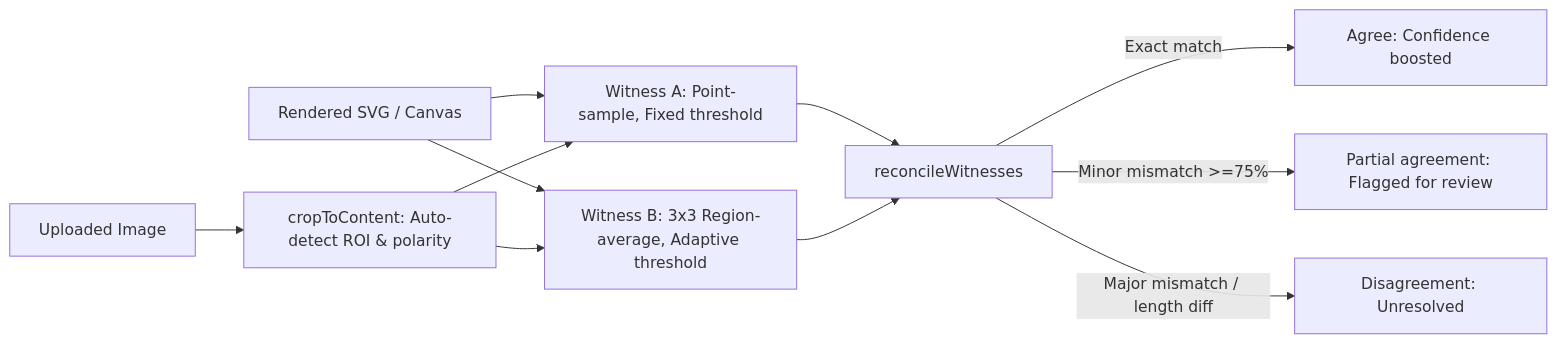
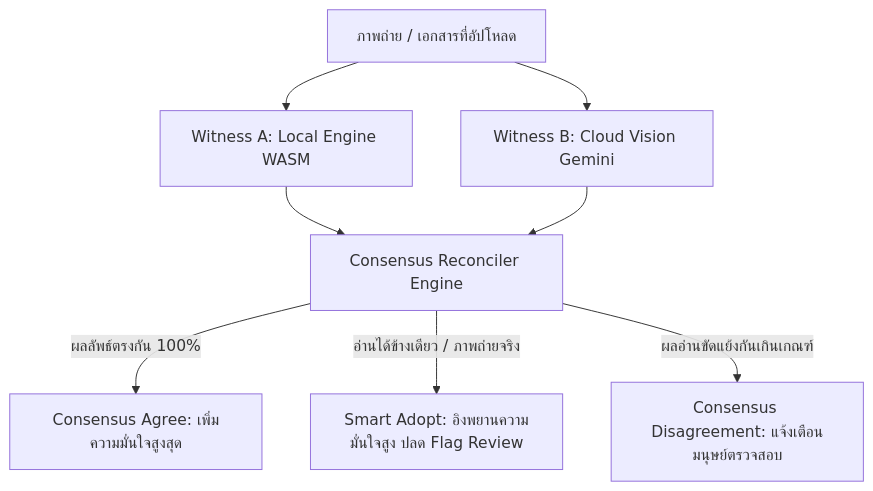
Before and after one commit to Shuumei/ocr-dual-witness-pipeline: the diagram in README.md, drawn with Mermaid. The commit also changed other lines of this file and 16 other files, not shown here.

Commit message:
feat: implement OCR dual-witness pipeline with UI components, markdown normalization, and consensus processing logic

````diff
--- a/README.md
+++ b/README.md
@@ -25,13 +51,12 @@
 ```mermaid
-flowchart LR
-    A1[Rendered SVG / Canvas] --> B[Witness A: Point-sample, Fixed threshold]
-    A2[Uploaded Image] --> X[cropToContent: Auto-detect ROI & polarity]
-    X --> B
-    A1 --> C[Witness B: 3x3 Region-average, Adaptive threshold]
-    X --> C
-    B --> D[reconcileWitnesses]
-    C --> D
-    D -->|Exact match| E[Agree: Confidence boosted]
-    D -->|Minor mismatch >=75%| F[Partial agreement: Flagged for review]
-    D -->|Major mismatch / length diff| G[Disagreement: Unresolved]
+flowchart TD
+    Img[ภาพถ่าย / เอกสารที่อัปโหลด] --> W_A[Witness A: Local Engine WASM]
+    Img --> W_B[Witness B: Cloud Vision Gemini]
+    
+    W_A --> Rec[Consensus Reconciler Engine]
+    W_B --> Rec
+    
+    Rec -->|ผลลัพธ์ตรงกัน 100%| Agree[Consensus Agree: เพิ่มความมั่นใจสูงสุด]
+    Rec -->|อ่านได้ข้างเดียว / ภาพถ่ายจริง| SmartAdopt[Smart Adopt: อิงพยานความมั่นใจสูง ปลด Flag Review]
+    Rec -->|ผลอ่านขัดแย้งกันเกินเกณฑ์| Disagree[Consensus Disagreement: แจ้งเตือนมนุษย์ตรวจสอบ]
 ```
````
